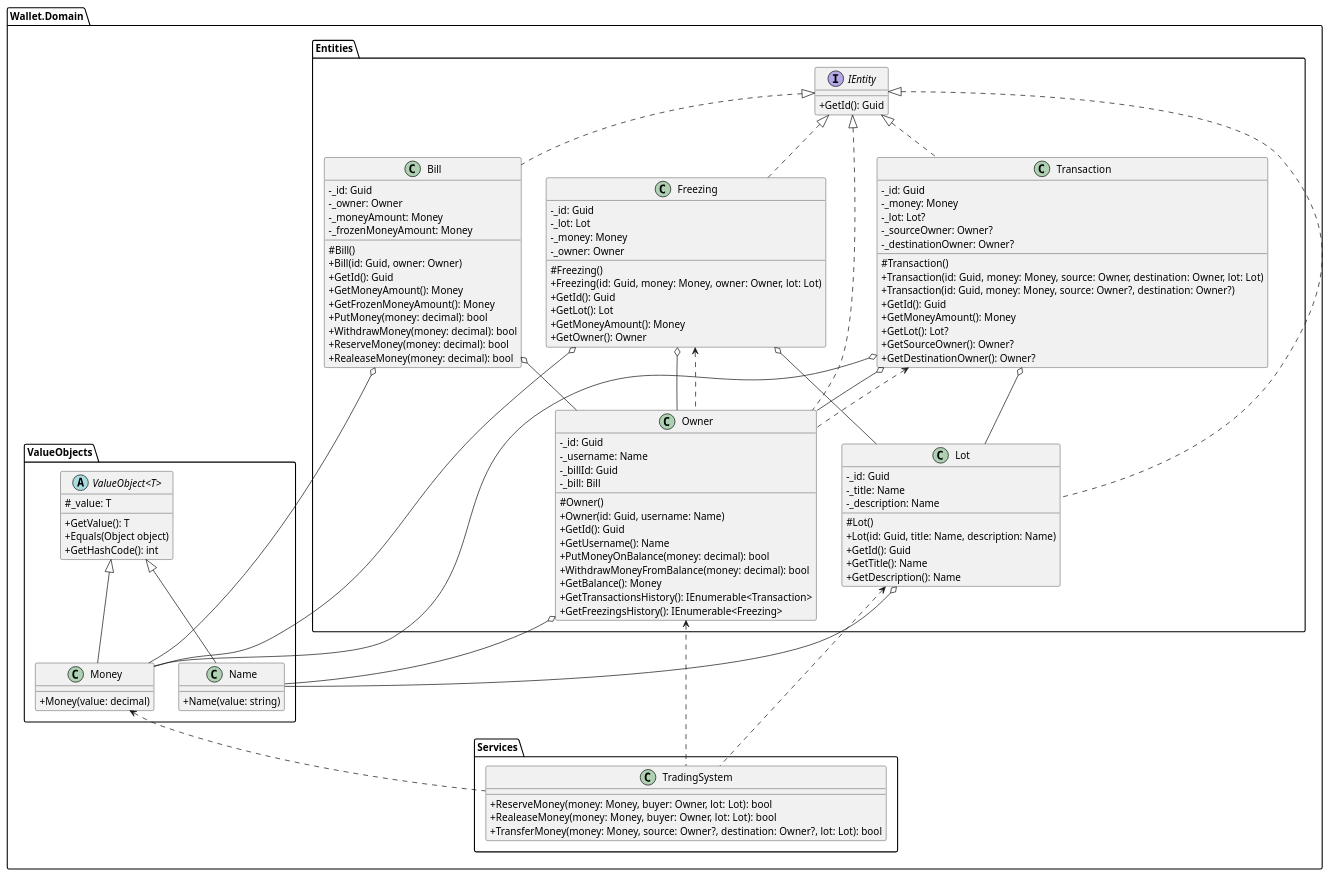
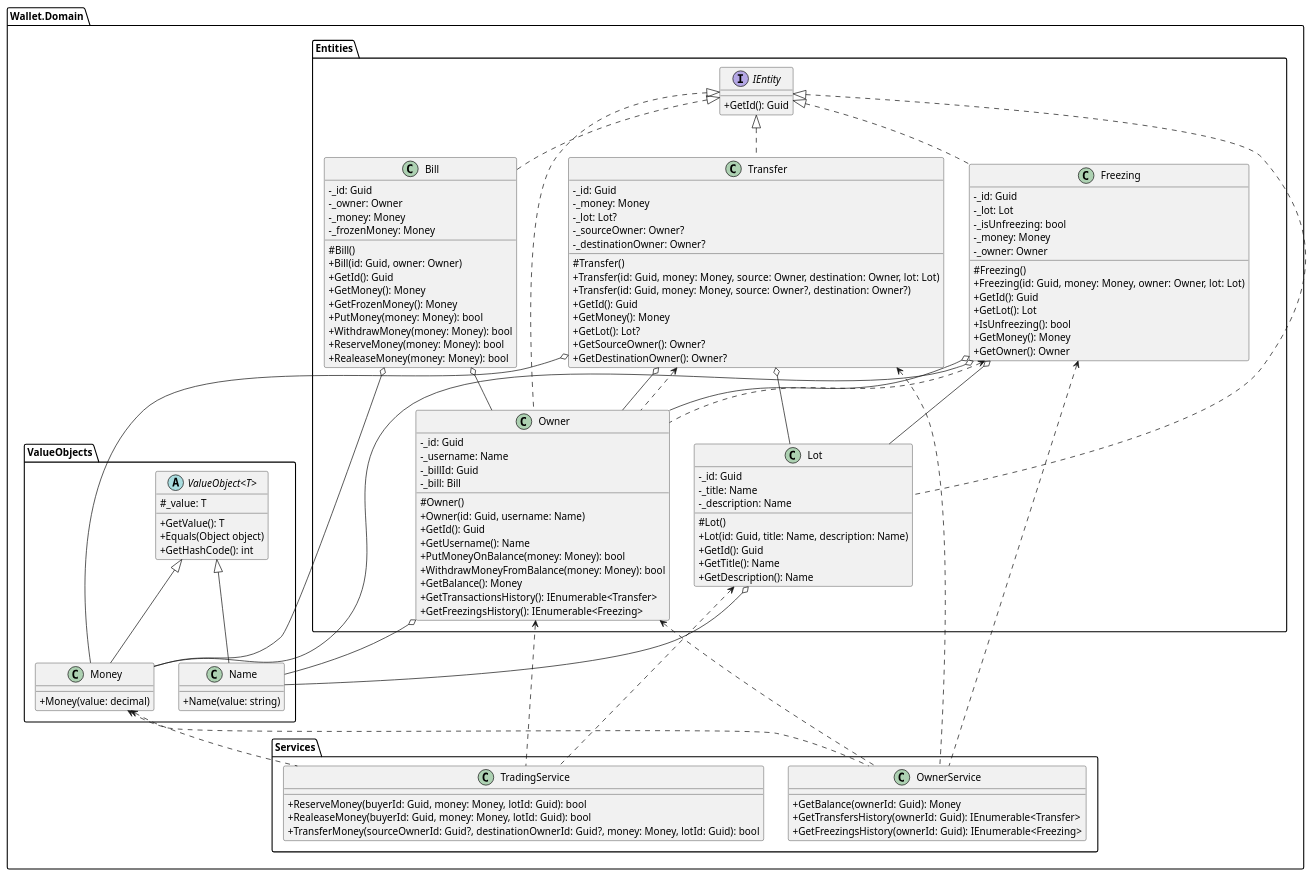
The diagram in Uml/WalletClasses.plantuml (IT-Siberians/WalletMicroservice), drawn with PlantUML before and after one commit. The commit also changed 3 other files, not shown here.

Commit message:
Fixed diagrams

```diff
--- a/Uml/WalletClasses.plantuml
+++ b/Uml/WalletClasses.plantuml
@@ -1,135 +1,148 @@
 @startuml test_name
 
 set namespaceSeparator ::
 
 skinparam classAttributeIconSize 0
 skinparam genericDisplay old
 
 interface Wallet.Domain::Entities::IEntity {
   + GetId(): Guid
 }
 
 class Wallet.Domain::Entities::Owner {
   - _id: Guid
   - _username: Name
   - _billId: Guid
   - _bill: Bill
   # Owner()
   + Owner(id: Guid, username: Name)
   + GetId(): Guid
   + GetUsername(): Name
-  + PutMoneyOnBalance(money: decimal): bool
-  + WithdrawMoneyFromBalance(money: decimal): bool
+  + PutMoneyOnBalance(money: Money): bool
+  + WithdrawMoneyFromBalance(money: Money): bool
   + GetBalance(): Money
-  + GetTransactionsHistory(): IEnumerable<Transaction>
+  + GetTransactionsHistory(): IEnumerable<Transfer>
   + GetFreezingsHistory(): IEnumerable<Freezing>
 }
 
 class Wallet.Domain::Entities::Bill {
   - _id: Guid
   - _owner: Owner
-  - _moneyAmount: Money
-  - _frozenMoneyAmount: Money
+  - _money: Money
+  - _frozenMoney: Money
   # Bill()
   + Bill(id: Guid, owner: Owner)
   + GetId(): Guid
-  + GetMoneyAmount(): Money
-  + GetFrozenMoneyAmount(): Money
-  + PutMoney(money: decimal): bool
-  + WithdrawMoney(money: decimal): bool
-  + ReserveMoney(money: decimal): bool
-  + RealeaseMoney(money: decimal): bool
+  + GetMoney(): Money
+  + GetFrozenMoney(): Money
+  + PutMoney(money: Money): bool
+  + WithdrawMoney(money: Money): bool
+  + ReserveMoney(money: Money): bool
+  + RealeaseMoney(money: Money): bool
 }
 
-class Wallet.Domain::Entities::Transaction {
+class Wallet.Domain::Entities::Transfer {
   - _id: Guid
   - _money: Money
   - _lot: Lot?
   - _sourceOwner: Owner?
   - _destinationOwner: Owner?
-  # Transaction()
-  + Transaction(id: Guid, money: Money, source: Owner, destination: Owner, lot: Lot)
-  + Transaction(id: Guid, money: Money, source: Owner?, destination: Owner?)
+  # Transfer()
+  + Transfer(id: Guid, money: Money, source: Owner, destination: Owner, lot: Lot)
+  + Transfer(id: Guid, money: Money, source: Owner?, destination: Owner?)
   + GetId(): Guid
-  + GetMoneyAmount(): Money
+  + GetMoney(): Money
   + GetLot(): Lot?
   + GetSourceOwner(): Owner?
   + GetDestinationOwner(): Owner?
 }
 
 class Wallet.Domain::Entities::Freezing {
   - _id: Guid
   - _lot: Lot
+  - _isUnfreezing: bool
   - _money: Money
   - _owner: Owner
   # Freezing()
   + Freezing(id: Guid, money: Money, owner: Owner, lot: Lot)
   + GetId(): Guid
   + GetLot(): Lot
-  + GetMoneyAmount(): Money
+  + IsUnfreezing(): bool
+  + GetMoney(): Money
   + GetOwner(): Owner
 }
 
 class Wallet.Domain::Entities::Lot {
   - _id: Guid
   - _title: Name
   - _description: Name
   # Lot()
   + Lot(id: Guid, title: Name, description: Name)
   + GetId(): Guid
   + GetTitle(): Name
   + GetDescription(): Name
 }
 
-class Wallet.Domain::Services::TradingSystem {
-  + ReserveMoney(money: Money, buyer: Owner, lot: Lot): bool
-  + RealeaseMoney(money: Money, buyer: Owner, lot: Lot): bool
-  + TransferMoney(money: Money, source: Owner?, destination: Owner?, lot: Lot): bool
+class Wallet.Domain::Services::TradingService {
+  + ReserveMoney(buyerId: Guid, money: Money, lotId: Guid): bool
+  + RealeaseMoney(buyerId: Guid, money: Money, lotId: Guid): bool
+  + TransferMoney(sourceOwnerId: Guid?, destinationOwnerId: Guid?, money: Money, lotId: Guid): bool
+}
+
+class Wallet.Domain::Services::OwnerService {
+  + GetBalance(ownerId: Guid): Money
+  + GetTransfersHistory(ownerId: Guid): IEnumerable<Transfer>
+  + GetFreezingsHistory(ownerId: Guid): IEnumerable<Freezing>
 }
 
 abstract class Wallet.Domain::ValueObjects::ValueObject<T> {
   # _value: T
   + GetValue(): T
   + Equals(Object object)
   + GetHashCode(): int
 }
 
 class Wallet.Domain::ValueObjects::Name {
   + Name(value: string)
 }
 
 class Wallet.Domain::ValueObjects::Money {
   + Money(value: decimal)
 }
 
 Wallet.Domain::ValueObjects::ValueObject <|-- Wallet.Domain::ValueObjects::Name
 Wallet.Domain::ValueObjects::ValueObject <|-- Wallet.Domain::ValueObjects::Money
 
 Wallet.Domain::Entities::Owner o-- Wallet.Domain::ValueObjects::Name
 Wallet.Domain::Entities::Lot o-- Wallet.Domain::ValueObjects::Name
 
-Wallet.Domain::Entities::Transaction o-- Wallet.Domain::ValueObjects::Money
+Wallet.Domain::Entities::Transfer o-- Wallet.Domain::ValueObjects::Money
 Wallet.Domain::Entities::Freezing o-- Wallet.Domain::ValueObjects::Money
 Wallet.Domain::Entities::Bill o-- Wallet.Domain::ValueObjects::Money
 
-Wallet.Domain::Entities::Transaction o-- Wallet.Domain::Entities::Owner
+Wallet.Domain::Entities::Transfer o-- Wallet.Domain::Entities::Owner
 Wallet.Domain::Entities::Freezing o-- Wallet.Domain::Entities::Owner
 Wallet.Domain::Entities::Bill o-- Wallet.Domain::Entities::Owner
 
-Wallet.Domain::Entities::Transaction o-- Wallet.Domain::Entities::Lot
+Wallet.Domain::Entities::Transfer o-- Wallet.Domain::Entities::Lot
 Wallet.Domain::Entities::Freezing o-- Wallet.Domain::Entities::Lot
 
-Wallet.Domain::Entities::IEntity <|.. Wallet.Domain::Entities::Transaction
+Wallet.Domain::Entities::IEntity <|.. Wallet.Domain::Entities::Transfer
 Wallet.Domain::Entities::IEntity <|.. Wallet.Domain::Entities::Freezing
 Wallet.Domain::Entities::IEntity <|.. Wallet.Domain::Entities::Bill
 Wallet.Domain::Entities::IEntity <|.. Wallet.Domain::Entities::Owner
 Wallet.Domain::Entities::IEntity <|.. Wallet.Domain::Entities::Lot
 
-Wallet.Domain::ValueObjects::Money <.. Wallet.Domain::Services::TradingSystem
-Wallet.Domain::Entities::Owner <.. Wallet.Domain::Services::TradingSystem
-Wallet.Domain::Entities::Lot <.. Wallet.Domain::Services::TradingSystem
+Wallet.Domain::ValueObjects::Money <.. Wallet.Domain::Services::TradingService
+Wallet.Domain::Entities::Owner <.. Wallet.Domain::Services::TradingService
+Wallet.Domain::Entities::Lot <.. Wallet.Domain::Services::TradingService
 
-Wallet.Domain::Entities::Transaction <.. Wallet.Domain::Entities::Owner
+Wallet.Domain::Entities::Transfer <.. Wallet.Domain::Entities::Owner
 Wallet.Domain::Entities::Freezing <.. Wallet.Domain::Entities::Owner
 
+Wallet.Domain::ValueObjects::Money <.. Wallet.Domain::Services::OwnerService
+Wallet.Domain::Entities::Owner <.. Wallet.Domain::Services::OwnerService
+Wallet.Domain::Entities::Transfer <.. Wallet.Domain::Services::OwnerService
+Wallet.Domain::Entities::Freezing <.. Wallet.Domain::Services::OwnerService
+
 @enduml
```
